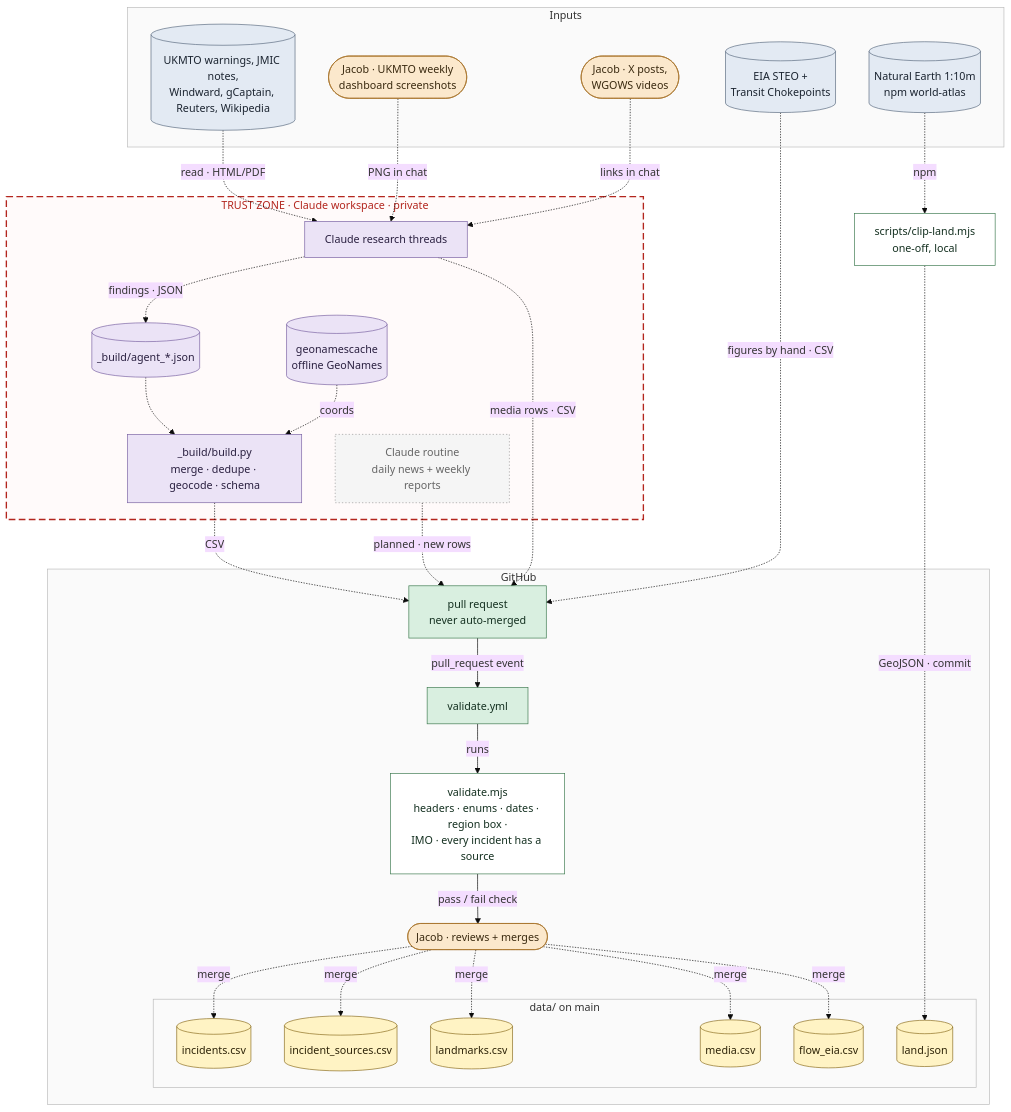
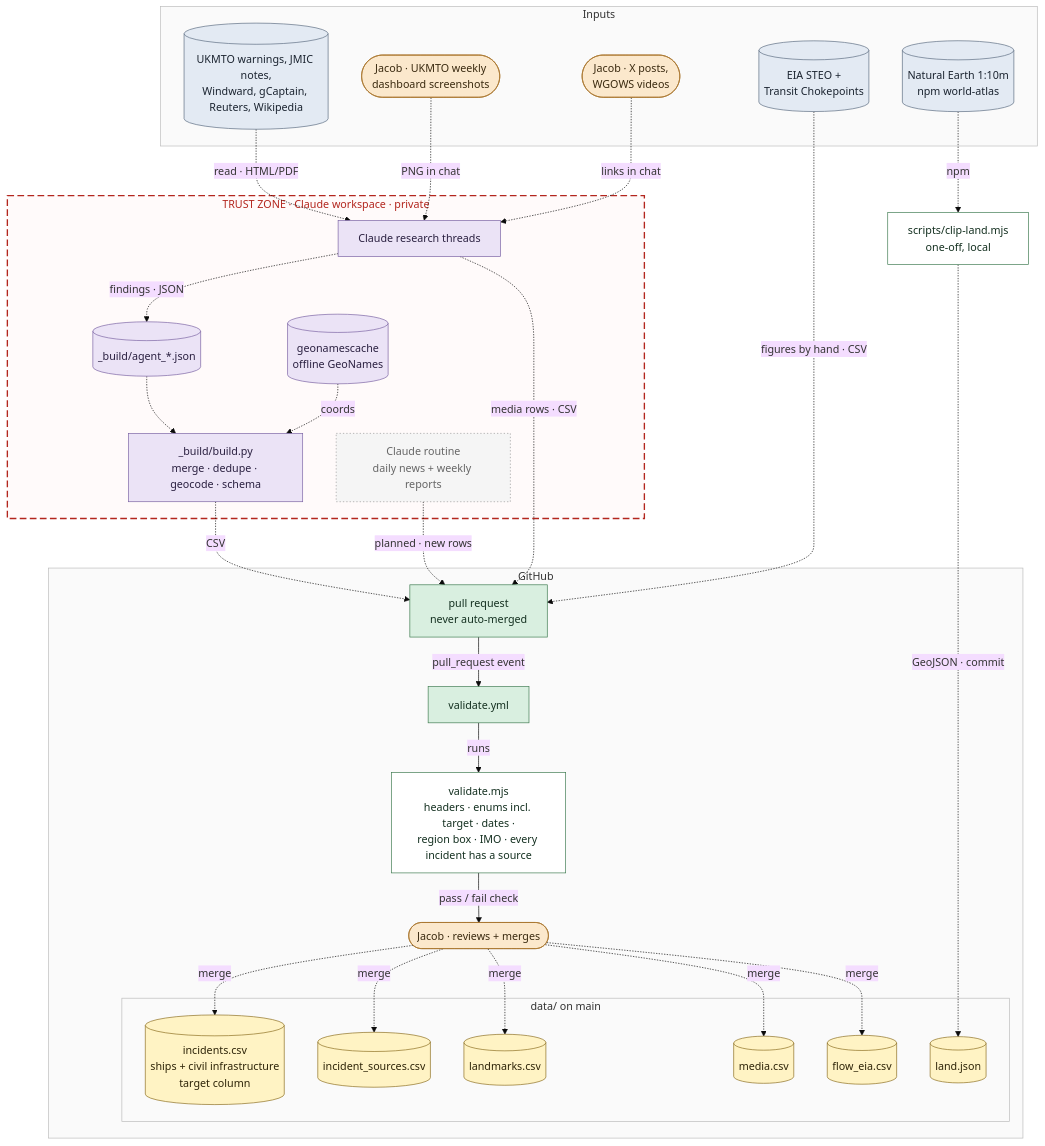
The diagram in docs/architecture/03-curated-data.mmd (jjmargolis/Straight-Tracker), drawn with Mermaid (base theme) before and after one commit. The commit also changed 8 other files, not shown here.

Commit message:
Docs: update architecture diagrams for civil infrastructure and merged cache-busting

```diff
--- a/docs/architecture/03-curated-data.mmd
+++ b/docs/architecture/03-curated-data.mmd
@@ -1,80 +1,80 @@
 %% 3. Curated data: every change is a reviewed pull request.
 %% Mermaid source. Render with ./render.sh (ELK layout, right-angle edges).
 %% Edge labels: what · format · cadence · auth. Shapes, colours and line styles: see 00-legend.mmd.
 flowchart TB
   subgraph IN["Inputs"]
     OFF[("UKMTO warnings, JMIC notes,<br/>Windward, gCaptain, Reuters, Wikipedia")]
     JS(["Jacob · UKMTO weekly<br/>dashboard screenshots"])
     JX(["Jacob · X posts,<br/>WGOWS videos"])
     EIA[("EIA STEO +<br/>Transit Chokepoints")]
     NE[("Natural Earth 1:10m<br/>npm world-atlas")]
   end
 
   subgraph WS["TRUST ZONE · Claude workspace · private"]
     CL["Claude research threads"]
     AJ[("_build/agent_*.json")]
     GN[("geonamescache<br/>offline GeoNames")]
     BP["_build/build.py<br/>merge · dedupe · geocode · schema"]
     RT["Claude routine<br/>daily news + weekly reports"]
   end
 
   S5["scripts/clip-land.mjs<br/>one-off, local"]
 
   subgraph GH["GitHub"]
     PR["pull request<br/>never auto-merged"]
     W3["validate.yml"]
-    S4["validate.mjs<br/>headers · enums · dates · region box ·<br/>IMO · every incident has a source"]
+    S4["validate.mjs<br/>headers · enums incl. target · dates ·<br/>region box · IMO · every incident has a source"]
     J(["Jacob · reviews + merges"])
     subgraph DATA["data/ on main"]
-      D7[("incidents.csv")]
+      D7[("incidents.csv<br/>ships + civil infrastructure<br/>target column")]
       D8[("incident_sources.csv")]
       D11[("landmarks.csv")]
       D6[("media.csv")]
       D9[("flow_eia.csv")]
       D10[("land.json")]
     end
   end
 
   OFF -.->|"read · HTML/PDF"| CL
   JS -.->|"PNG in chat"| CL
   JX -.->|"links in chat"| CL
   CL -.->|"findings · JSON"| AJ
   AJ -.-> BP
   GN -.->|"coords"| BP
   BP -.->|"CSV"| PR
   CL -.->|"media rows · CSV"| PR
   EIA -.->|"figures by hand · CSV"| PR
   RT -.->|"planned · new rows"| PR
   NE -.->|"npm"| S5
   S5 -.->|"GeoJSON · commit"| D10
   PR -->|"pull_request event"| W3
   W3 -->|"runs"| S4
   S4 -->|"pass / fail check"| J
   J -.->|"merge"| D7
   J -.->|"merge"| D8
   J -.->|"merge"| D11
   J -.->|"merge"| D6
   J -.->|"merge"| D9
 
   classDef ext fill:#e3eaf3,stroke:#5a6b80,color:#1b2430
   classDef human fill:#fbe8cc,stroke:#a8742a,color:#3a2a10
   classDef claude fill:#ebe3f6,stroke:#7a62a3,color:#2a2040
   classDef job fill:#d9efe0,stroke:#3d7a4f,color:#143020
   classDef script fill:#ffffff,stroke:#3d7a4f,color:#143020
   classDef data fill:#fff3c4,stroke:#8a6d1f,color:#2e2408
   classDef site fill:#e1ecf8,stroke:#2f5d8a,color:#10243a
   classDef secret fill:#f9d9d4,stroke:#b3261e,color:#3a120c,stroke-width:2px
   classDef pending stroke:#1f5fa8,stroke-width:3px,stroke-dasharray:8 4
   classDef planned fill:#f5f5f5,stroke:#999999,color:#666666,stroke-dasharray:2 3
   classDef note fill:#fff7d6,stroke:#c9a227,color:#3a2e08
   classDef zone fill:#fffafa,stroke:#b3261e,stroke-width:2px,stroke-dasharray:10 5,color:#b3261e
   classDef group fill:#fafafa,stroke:#bbbbbb,color:#333333
   class OFF,EIA,NE ext
   class JS,JX,J human
   class CL,AJ,GN,BP claude
   class RT planned
   class PR,W3 job
   class S4,S5 script
   class D6,D7,D8,D9,D10,D11 data
   class WS zone
   class IN,GH,DATA group
```
